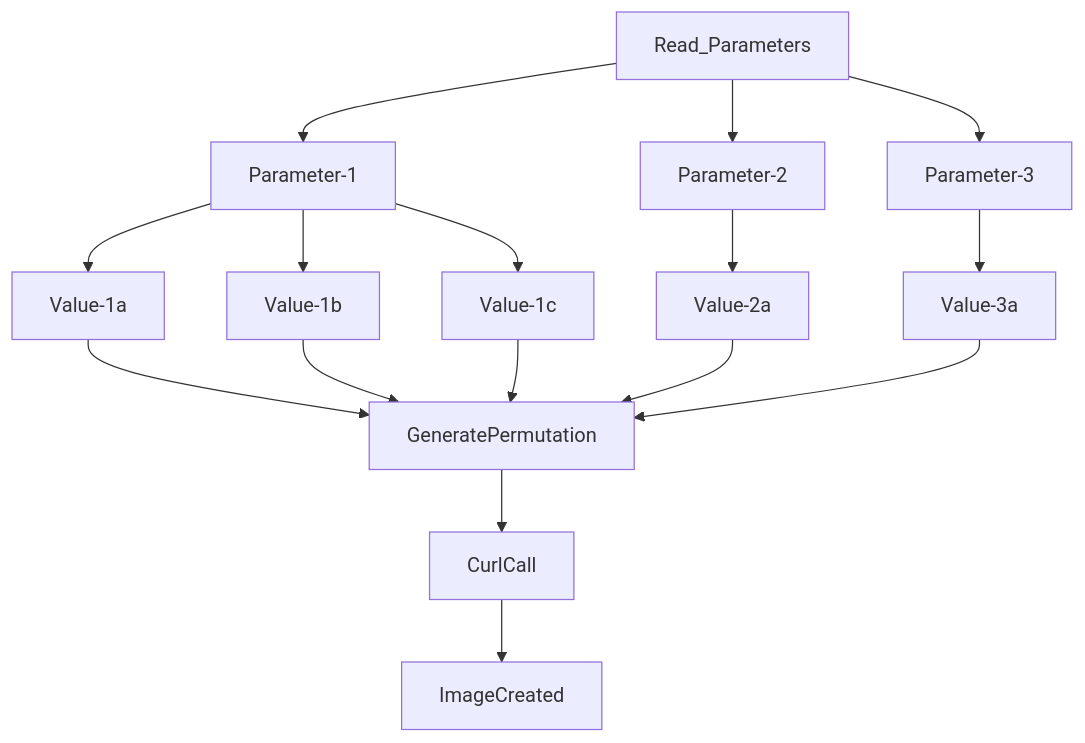
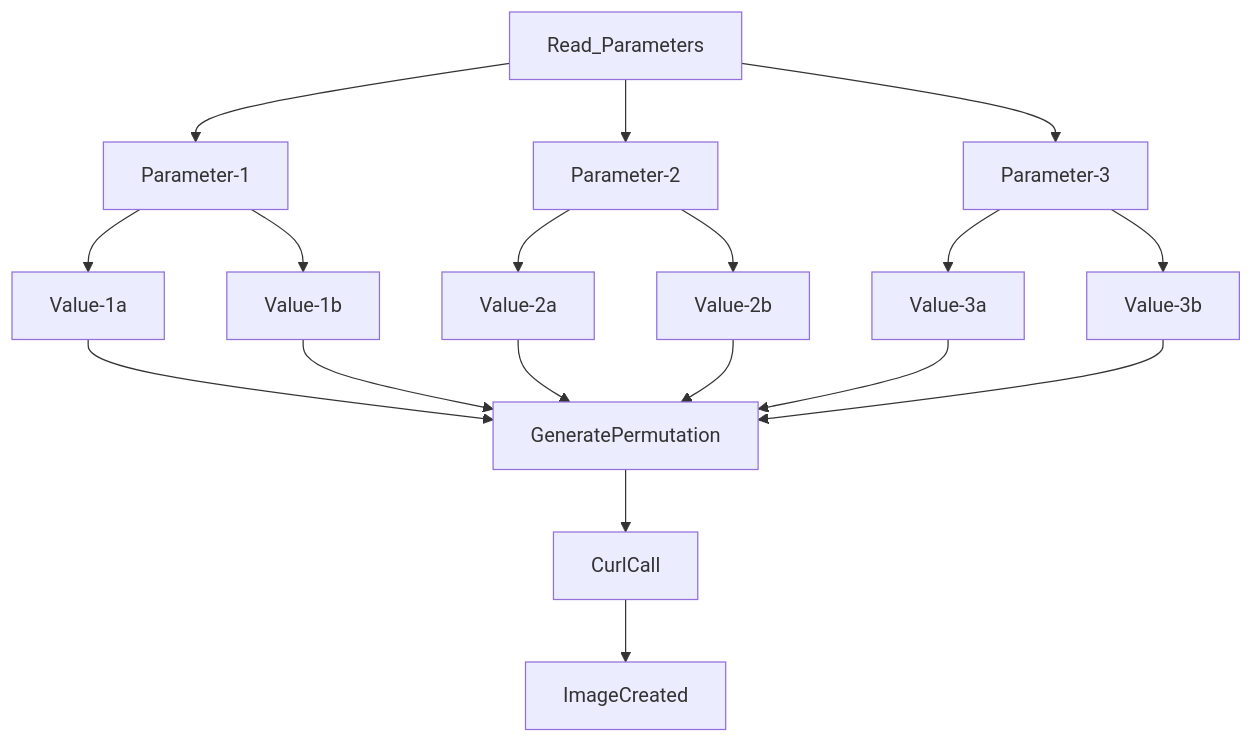
The diagram in README.md (daedon/Fooocus-API-XYZ), drawn with Mermaid before and after one commit.

````diff
--- a/README.md
+++ b/README.md
@@ -144,19 +144,21 @@
 ```mermaid
 graph TD;
     Read_Parameters-->Parameter-1;
     Read_Parameters-->Parameter-2;
     Read_Parameters-->Parameter-3;
     Parameter-1-->Value-1a;
     Parameter-1-->Value-1b;
-    Parameter-1-->Value-1c;
     Parameter-2-->Value-2a;
+    Parameter-2-->Value-2b;
     Parameter-3-->Value-3a;
+    Parameter-3-->Value-3b;
 
     Value-1a-->GeneratePermutation;
     Value-1b-->GeneratePermutation;
-    Value-1c-->GeneratePermutation;
     Value-2a-->GeneratePermutation;
+    Value-2b-->GeneratePermutation;
     Value-3a-->GeneratePermutation;
+    Value-3b-->GeneratePermutation;
     GeneratePermutation-->CurlCall;
     CurlCall-->ImageCreated;
 ```
````
